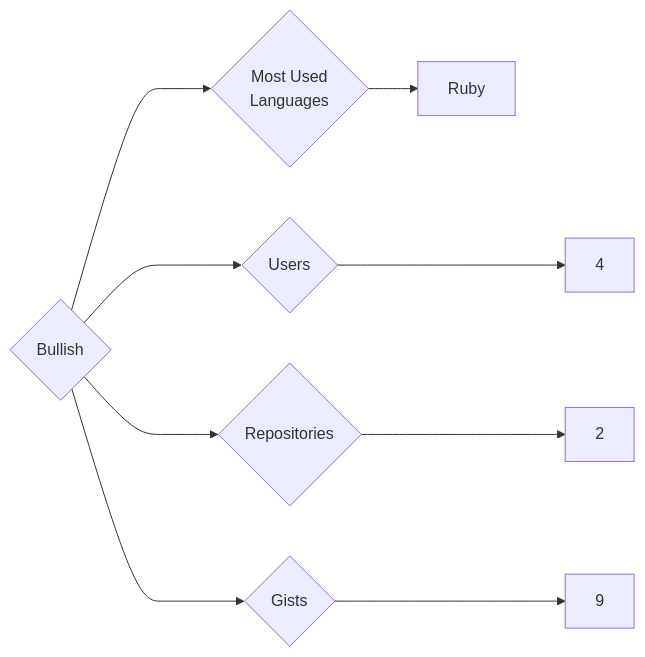
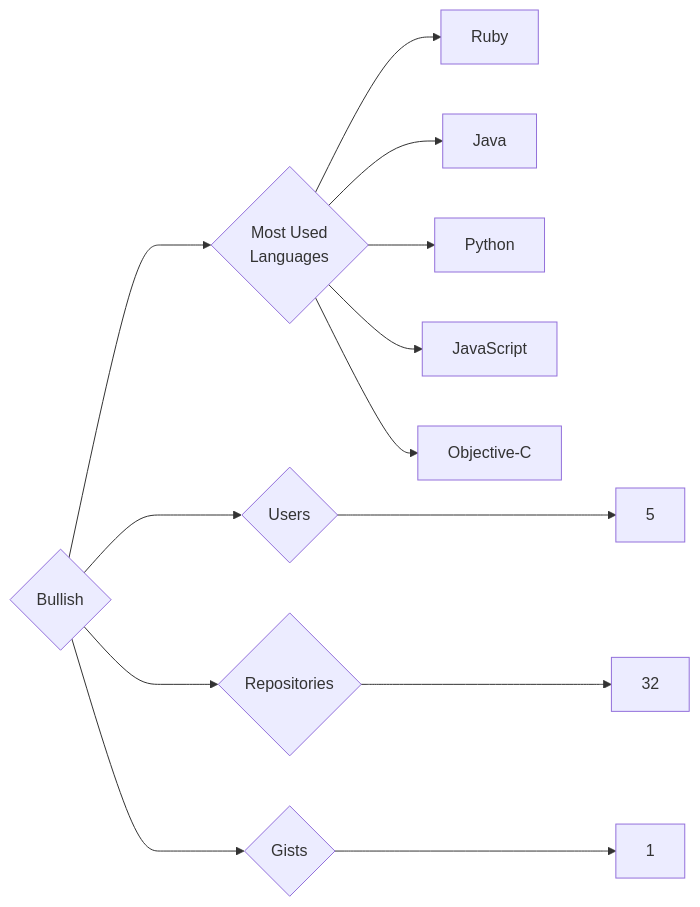
Before and after one commit to trickest/insiders: the diagram in targets/Bullish/README.md, drawn with Mermaid. The commit also changed 1055 other files, not shown here.

````diff
--- a/targets/Bullish/README.md
+++ b/targets/Bullish/README.md
@@ -3,9 +3,13 @@
 ```mermaid
 graph LR
 COMPANY_NAME{Bullish}
-COMPANY_NAME ---> U{Users} ---> UN[4]
-COMPANY_NAME ---> R{Repositories} ---> RN[2]
-COMPANY_NAME ---> G{Gists} ---> GN[9]
+COMPANY_NAME ---> U{Users} ---> UN[5]
+COMPANY_NAME ---> R{Repositories} ---> RN[32]
+COMPANY_NAME ---> G{Gists} ---> GN[1]
 COMPANY_NAME ---> ML{Most Used<br>Languages}
 ML --> Ruby[Ruby]
+ML --> Java[Java]
+ML --> Python[Python]
+ML --> JavaScript[JavaScript]
+ML --> Objective-C[Objective-C]
 ```
````
